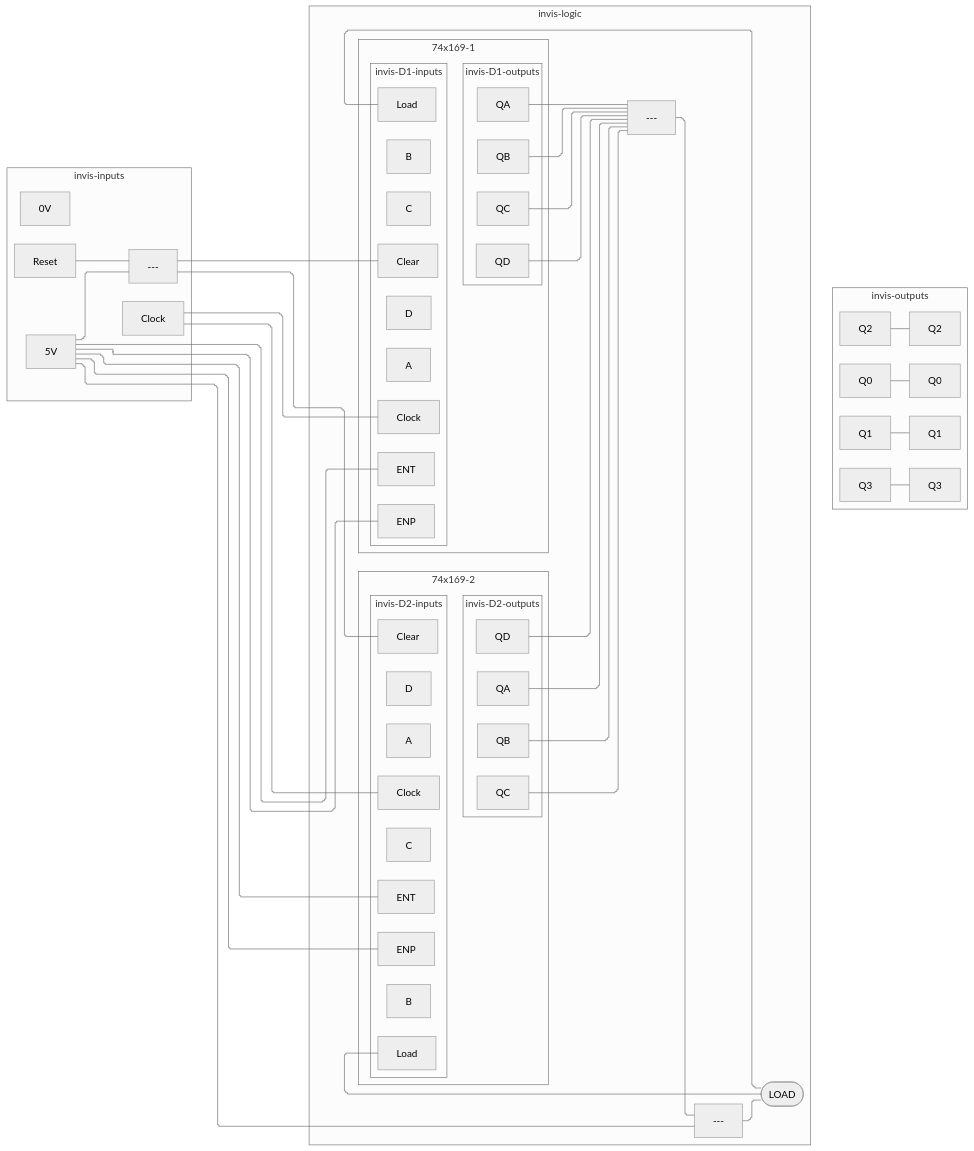
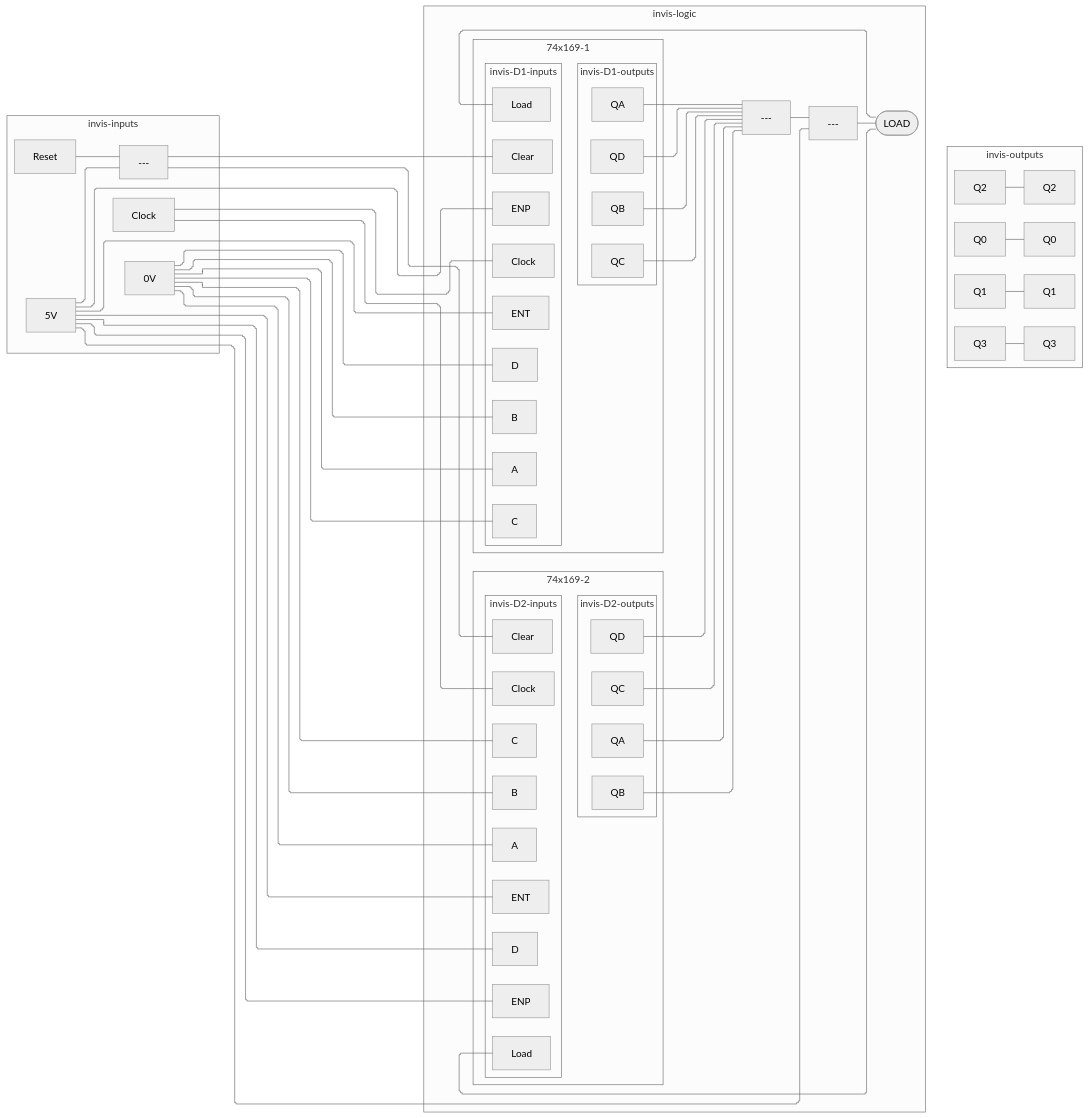
The seventh of 7 diagrams in CSDS 281 - Logic Design/HW/8/Tables.md (tnichols217/notes), drawn with Mermaid (neutral theme) before and after one commit. The commit also changed 1 other file, not shown here.

Commit message:
vault backup: 2024-04-05 01:58:51

````diff
--- a/CSDS 281 - Logic Design/HW/8/Tables.md
+++ b/CSDS 281 - Logic Design/HW/8/Tables.md
@@ -327,71 +327,73 @@
 ```mermaid
 %%{ init: { 'flowchart': { 'curve': 'stepBefore', "defaultRenderer": "elk" } } }%%
 flowchart LR
 subgraph invis-inputs
 	Clock
 	5V
 	0V
 	Reset
 	Reset & 5V --- xor1[---]
 end
 subgraph invis-logic
 	subgraph 74x169-1
 		subgraph invis-D1-inputs
 			D1c[Clock]
 			D1CLR[Clear]
 			D1LD[Load]
 			D1ENP[ENP]
 			D1ENT[ENT]
 			D1A[A]
 			D1B[B]
 			D1C[C]
 			D1D[D]
 		end
 		Clock --- D1c
 		xor1 --- D1CLR
 		subgraph invis-D1-outputs
 			Q1A[QA]
 			Q1B[QB]
 			Q1C[QC]
 			Q1D[QD]
 		end
 		invis-D1-inputs ~~~ invis-D1-outputs
 	end
 	subgraph 74x169-2
 		subgraph invis-D2-inputs
 			D2c[Clock]
 			D2CLR[Clear]
 			D2LD[Load]
 			D2ENP[ENP]
 			D2ENT[ENT]
 			D2A[A]
 			D2B[B]
 			D2C[C]
 			D2D[D]
 		end
 		Clock --- D2c
 		xor1 --- D2CLR
 		subgraph invis-D2-outputs
 			Q2A[QA]
 			Q2B[QB]
 			Q2C[QC]
 			Q2D[QD]
 		end
 		invis-D2-inputs ~~~ invis-D2-outputs
 	end
 	5V --- D1ENP & D1ENT
 	5V --- D2ENP & D2ENT
 	Q1A & Q1B & Q1C & Q1D & Q2A & Q2B & Q2C & Q2D
 		--- nor1[---]
 	5V & nor1 --- xor2[---]
 	xor2 --- RLD([LOAD])
 	RLD --- D1LD & D2LD
+	0V --- D1A & D1B & D1C & D1D & D2A & D2B & D2C
+	5V --- D2D
 end
 subgraph invis-outputs
 	Q0 --- Q0O[Q0]
 	Q1 --- Q1O[Q1]
 	Q2 --- Q2O[Q2]
 	Q3 --- Q3O[Q3]
 end
 invis-inputs ~~~ invis-logic ~~~ invis-outputs
 ```
````
